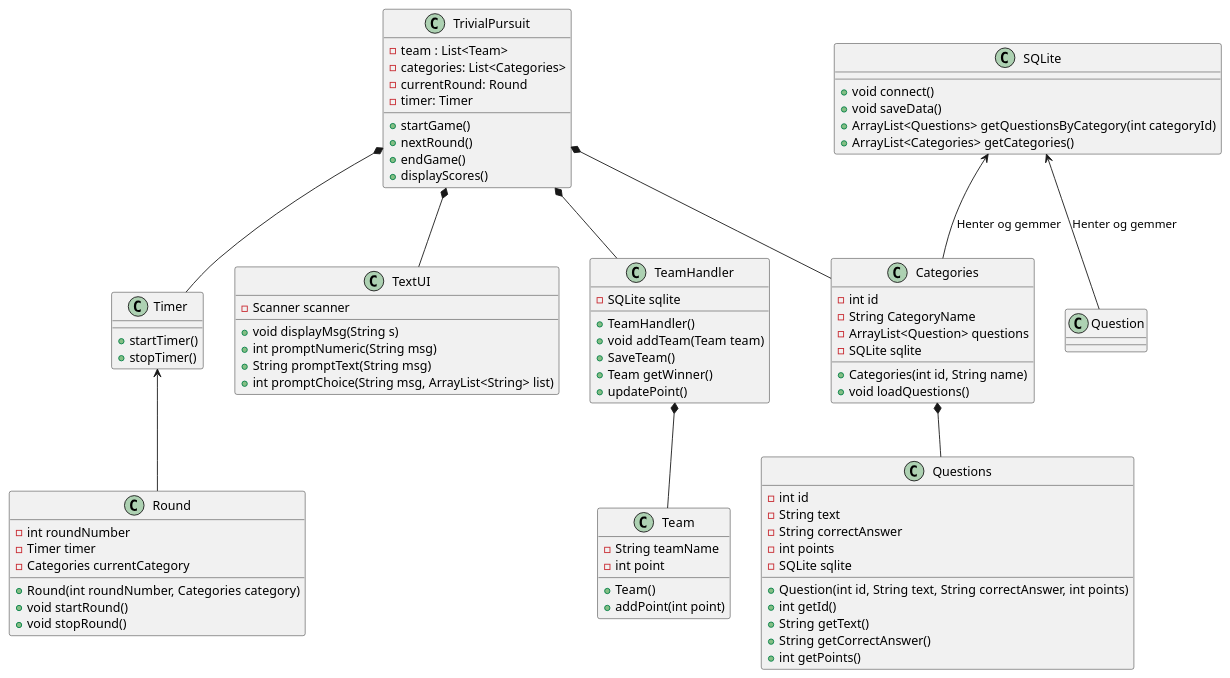
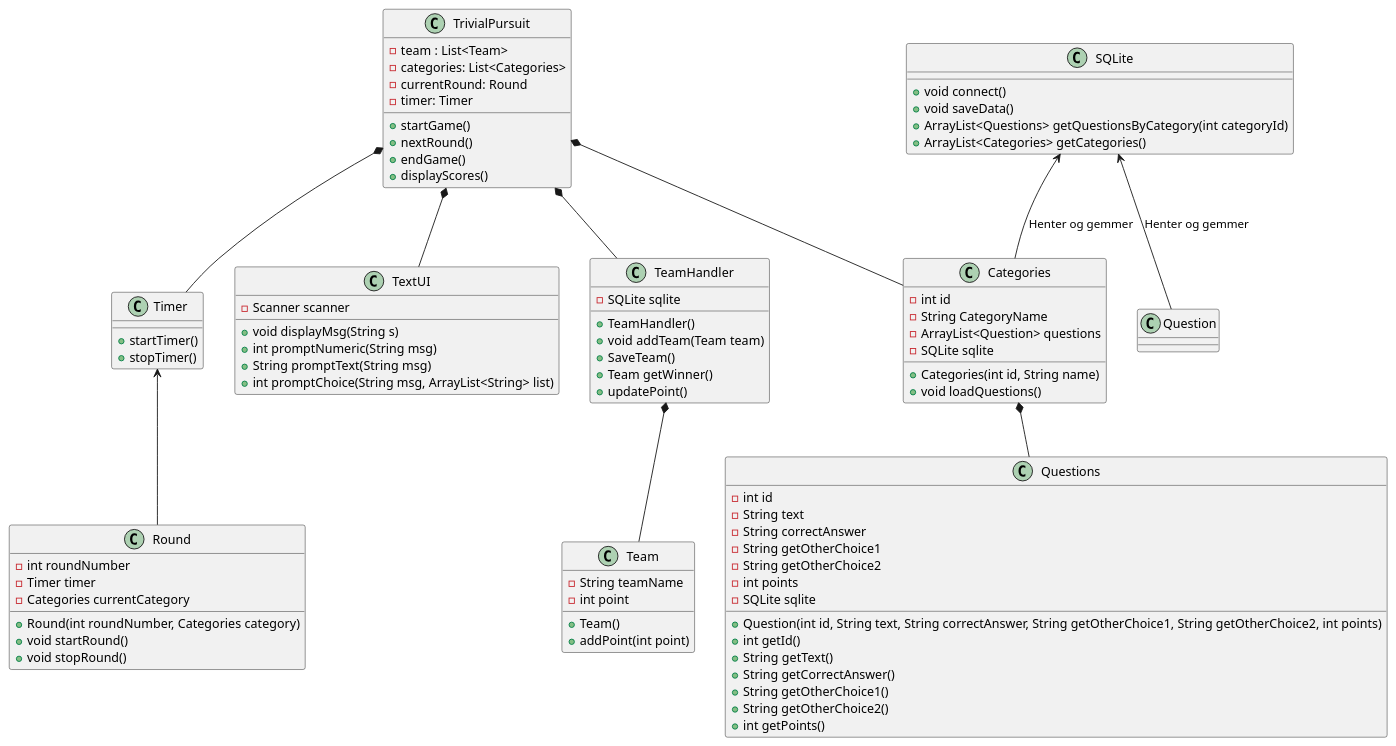
The diagram in UML/UML V1.puml (suzi558/ICE-project), drawn with PlantUML before and after one commit. The commit also changed 1 other file, not shown here.

```diff
--- a/UML/UML V1.puml
+++ b/UML/UML V1.puml
@@ -1,83 +1,87 @@
 @startuml
 Class TrivialPursuit{
 -team : List<Team>
 -categories: List<Categories>
 -currentRound: Round
 - timer: Timer
 + startGame()
 + nextRound()
 + endGame()
 + displayScores()
 }
 Class Categories{
 -int id
 -String CategoryName
 -ArrayList<Question> questions
 -SQLite sqlite
 +Categories(int id, String name)
 + void loadQuestions()
 }
 Class Team{
 - String teamName
 -int point
 +Team()
 +addPoint(int point)
 
 }
 Class TeamHandler{
 -SQLite sqlite
 +TeamHandler()
 +void addTeam(Team team)
 +SaveTeam()
 +Team getWinner()
 +updatePoint()
 }
 Class Timer{
 +startTimer()
 +stopTimer()
 }
 Class Questions{
 -int id
 -String text
 -String correctAnswer
+-String getOtherChoice1
+-String getOtherChoice2
 -int points
 -SQLite sqlite
-+Question(int id, String text, String correctAnswer, int points)
++Question(int id, String text, String correctAnswer, String getOtherChoice1, String getOtherChoice2, int points)
 +int getId()
 +String getText()
 +String getCorrectAnswer()
++String getOtherChoice1()
++String getOtherChoice2()
 +int getPoints()
 }
 Class SQLite{
 +void connect()
 +void saveData()
 +ArrayList<Questions> getQuestionsByCategory(int categoryId)
 +ArrayList<Categories> getCategories()
 }
 Class TextUI{
 - Scanner scanner
 + void displayMsg(String s)
 + int promptNumeric(String msg)
 + String promptText(String msg)
 + int promptChoice(String msg, ArrayList<String> list)
 }
 Class Round{
  -int roundNumber
   -Timer timer
   -Categories currentCategory
   +Round(int roundNumber, Categories category)
   +void startRound()
   +void stopRound()
 }
 TrivialPursuit *-- Categories
 TrivialPursuit *-- TeamHandler
 TrivialPursuit *-- Timer
 TrivialPursuit *-- TextUI
 
 Categories *-- Questions
 TeamHandler *-- Team
 SQLite <-- Categories : "Henter og gemmer"
 SQLite <-- Question : "Henter og gemmer"
 Timer <-- Round
 
 @enduml
```
